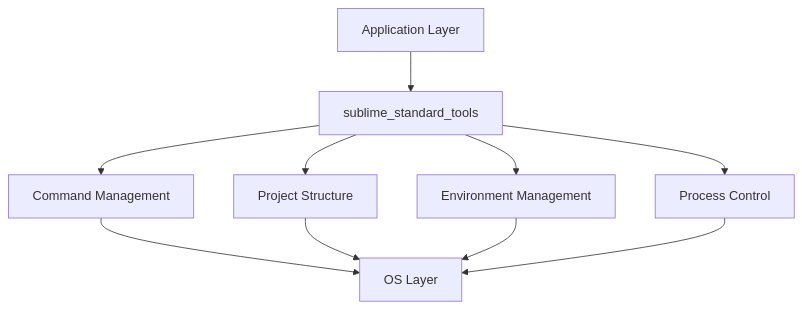
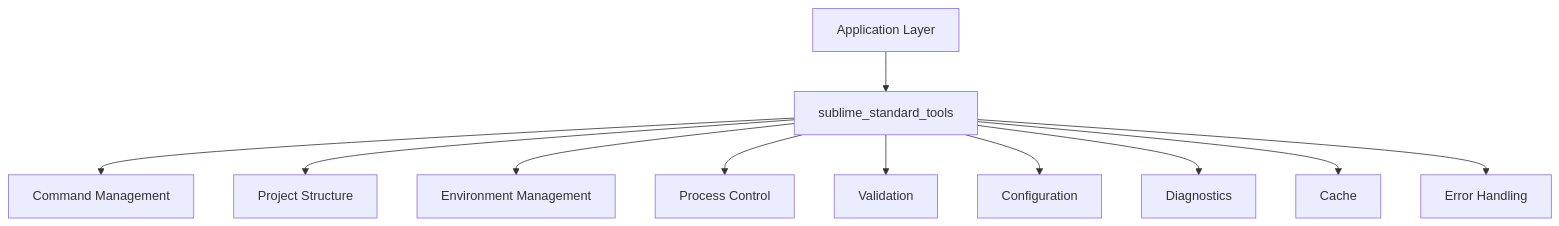
The first of 3 diagrams in crates/standard/SPEC.md (websublime/workspace-tools), drawn with Mermaid before and after one commit. The commit also changed 3 other files, not shown here.

````diff
--- a/crates/standard/SPEC.md
+++ b/crates/standard/SPEC.md
@@ -61,12 +61,13 @@
 ```mermaid
 graph TD
     A[Application Layer] --> B[sublime_standard_tools]
     B --> C[Command Management]
     B --> D[Project Structure]
     B --> E[Environment Management]
     B --> F[Process Control]
-    C --> G[OS Layer]
-    D --> G
-    E --> G
-    F --> G
+    B --> G[Validation]
+    B --> H[Configuration]
+    B --> I[Diagnostics]
+    B --> J[Cache]
+    B --> K[Error Handling]
 ```
````
